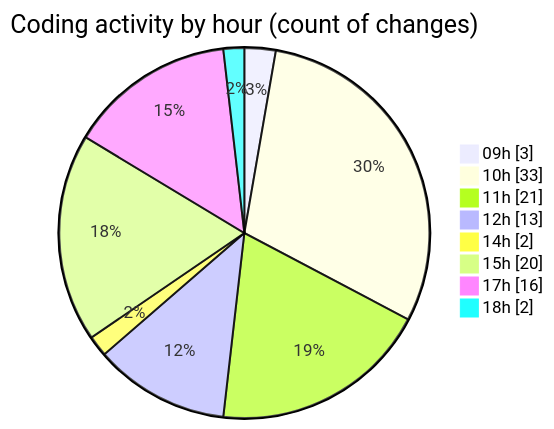
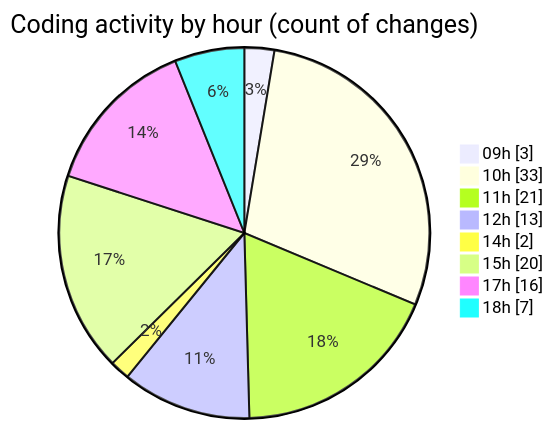
The second of 2 diagrams in 2025-10-31/cda/README.md (momahboobian/code-tracking), drawn with Mermaid before and after one commit. The commit also changed other lines of this file and 1 other file, not shown here.

````diff
--- a/2025-10-31/cda/README.md
+++ b/2025-10-31/cda/README.md
@@ -42,12 +42,12 @@
 ```mermaid
 pie showData
 title Coding activity by hour (count of changes)
 "09h" : 3
 "10h" : 33
 "11h" : 21
 "12h" : 13
 "14h" : 2
 "15h" : 20
 "17h" : 16
-"18h" : 2
+"18h" : 7
 ```
````
